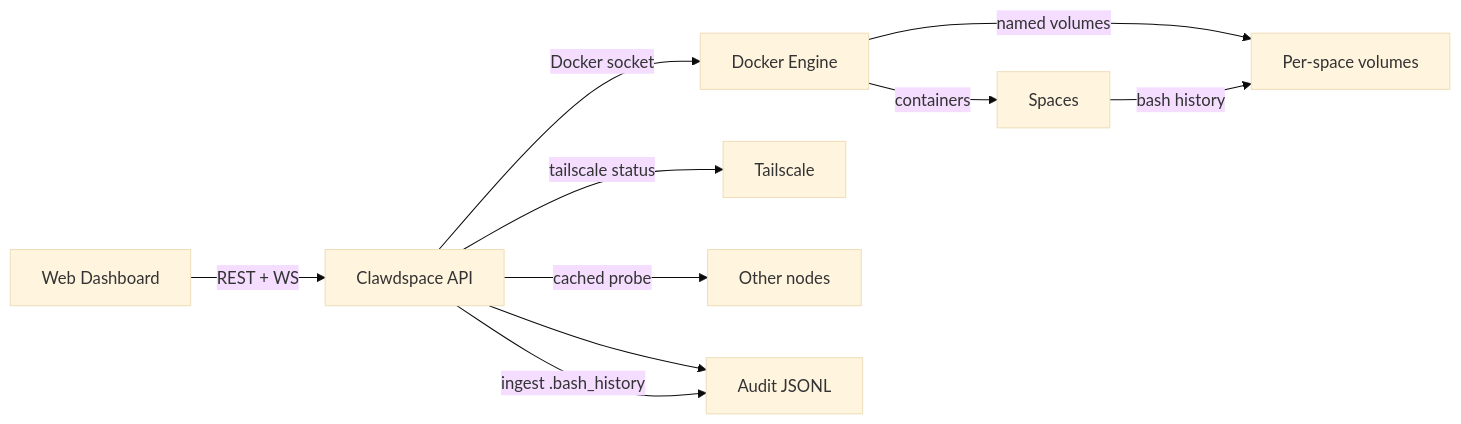
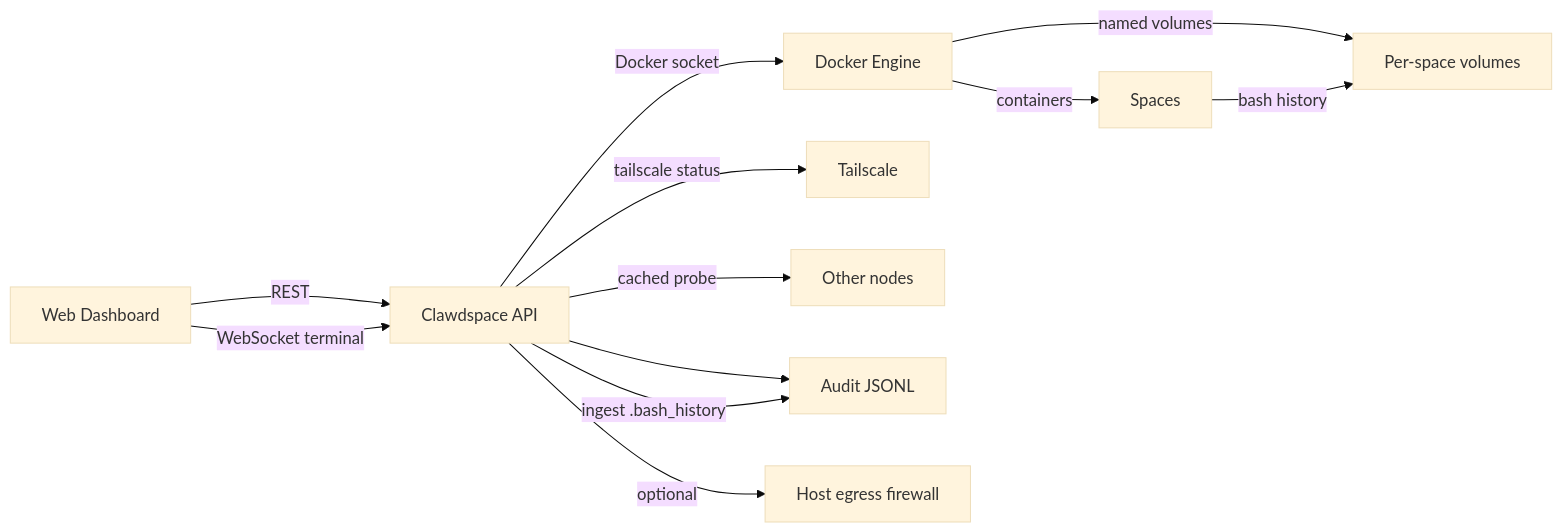
The diagram in docs/ARCHITECTURE.md (adam91holt/clawdspace), drawn with Mermaid (base theme) before and after one commit. The commit also changed other lines of this file and 4 other files, not shown here.

````diff
--- a/docs/ARCHITECTURE.md
+++ b/docs/ARCHITECTURE.md
@@ -5,14 +5,18 @@
 ```mermaid
 flowchart LR
-  UI[Web Dashboard] -->|REST + WS| API[Clawdspace API]
+  UI[Web Dashboard] -->|REST| API[Clawdspace API]
+  UI -->|WebSocket terminal| API
+
   API -->|Docker socket| DOCKER[Docker Engine]
   DOCKER -->|containers| SPACE[Spaces]
   DOCKER -->|named volumes| VOL[Per-space volumes]
 
   API -->|tailscale status| TS[Tailscale]
   API -->|cached probe| NODES[Other nodes]
 
   API --> AUDIT[Audit JSONL]
   SPACE -->|bash history| VOL
   API -->|ingest .bash_history| AUDIT
+
+  API -->|optional| FW[Host egress firewall]
 ```
````
